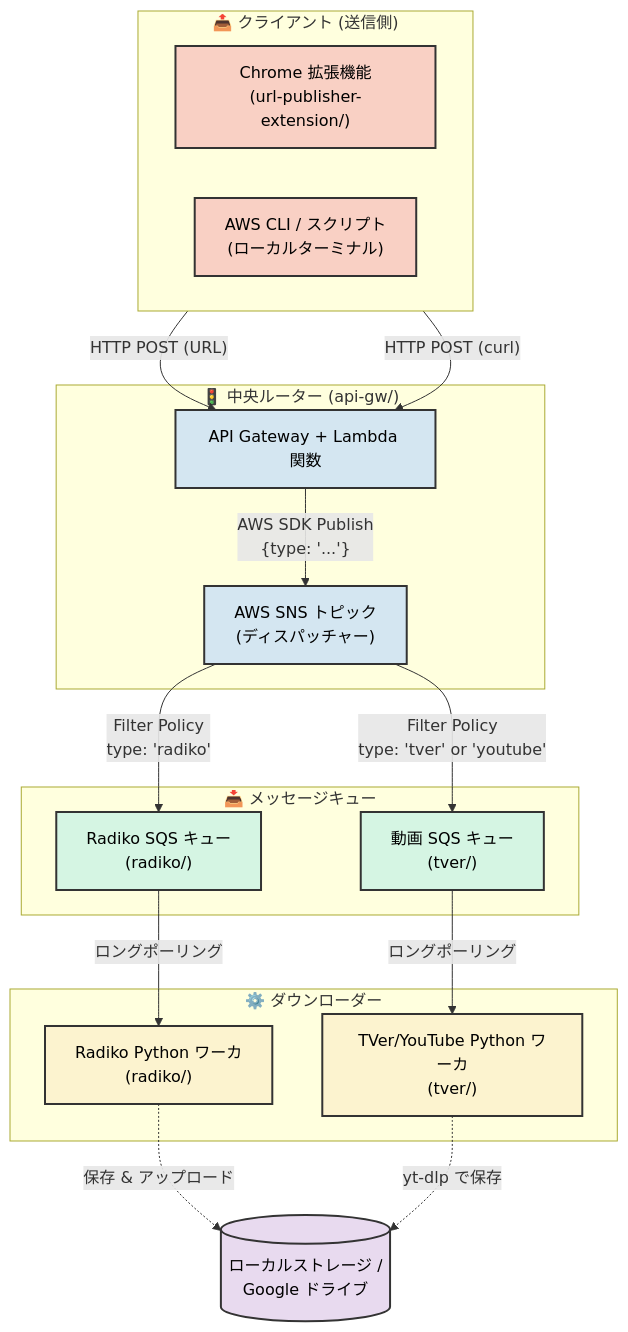
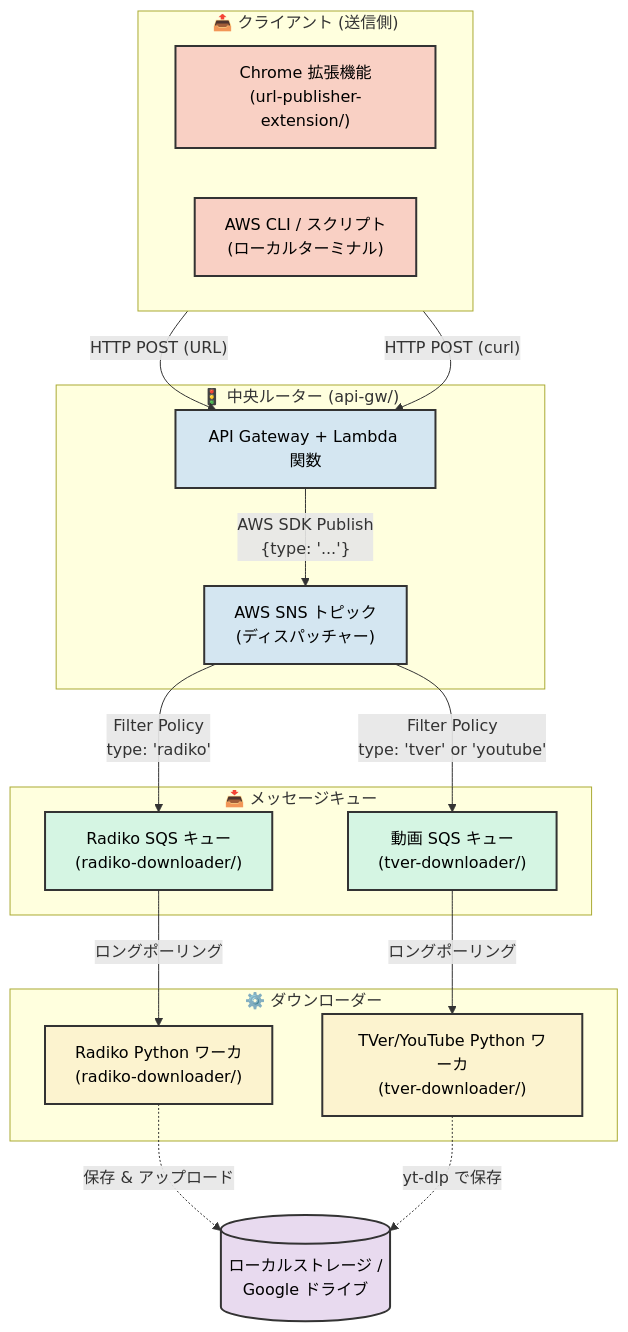
Before and after one commit to khirata/media-downloader: the diagram in README_ja.md, drawn with Mermaid. The commit also changed other lines of this file and 19 other files, not shown here.

Commit message:
docs: rename worker directories to radiko-downloader and tver-downloader

````diff
--- a/README_ja.md
+++ b/README_ja.md
@@ -10,48 +10,48 @@
 ```mermaid
 graph TD
     classDef client fill:#f9d0c4,stroke:#333,stroke-width:2px,color:#000;
     classDef router fill:#d4e6f1,stroke:#333,stroke-width:2px,color:#000;
     classDef queue fill:#d5f5e3,stroke:#333,stroke-width:2px,color:#000;
     classDef worker fill:#fcf3cf,stroke:#333,stroke-width:2px,color:#000;
     classDef storage fill:#e8daef,stroke:#333,stroke-width:2px,color:#000;
 
     subgraph Clients ["📤 クライアント (送信側)"]
         direction LR
         EXT["Chrome 拡張機能<br/>(url-publisher-extension/)"]:::client
         CLI["AWS CLI / スクリプト<br/>(ローカルターミナル)"]:::client
     end
 
     subgraph Dispatcher ["🚦 中央ルーター (api-gw/)"]
         API["API Gateway + Lambda 関数"]:::router
         SNS["AWS SNS トピック<br/>(ディスパッチャー)"]:::router
     end
 
     subgraph Queues ["📥 メッセージキュー"]
-        SQS_R["Radiko SQS キュー<br/>(radiko/)"]:::queue
-        SQS_T["動画 SQS キュー<br/>(tver/)"]:::queue
+        SQS_R["Radiko SQS キュー<br/>(radiko-downloader/)"]:::queue
+        SQS_T["動画 SQS キュー<br/>(tver-downloader/)"]:::queue
     end
 
     subgraph Workers ["⚙️ ダウンローダー"]
-        WORK_R["Radiko Python ワーカ<br/>(radiko/)"]:::worker
-        WORK_T["TVer/YouTube Python ワーカ<br/>(tver/)"]:::worker
+        WORK_R["Radiko Python ワーカ<br/>(radiko-downloader/)"]:::worker
+        WORK_T["TVer/YouTube Python ワーカ<br/>(tver-downloader/)"]:::worker
     end
     
     STORAGE[("ローカルストレージ /<br/>Google ドライブ")]:::storage
 
     %% Client flows
     EXT -->|"HTTP POST (URL)"| API
     CLI -->|"HTTP POST (curl)"| API
     API -->|"AWS SDK Publish<br/>{type: '...'} "| SNS
 
     %% Dispatcher routing based on message attributes/body
     SNS -->|"Filter Policy<br/>type: 'radiko'"| SQS_R
     SNS -->|"Filter Policy<br/>type: 'tver' or 'youtube'"| SQS_T
 
     %% Worker polling
     SQS_R -->|"ロングポーリング"| WORK_R
     SQS_T -->|"ロングポーリング"| WORK_T
 
     %% Final output
     WORK_R -.->|"保存 & アップロード"| STORAGE
     WORK_T -.->|"yt-dlp で保存"| STORAGE
 ```
````
